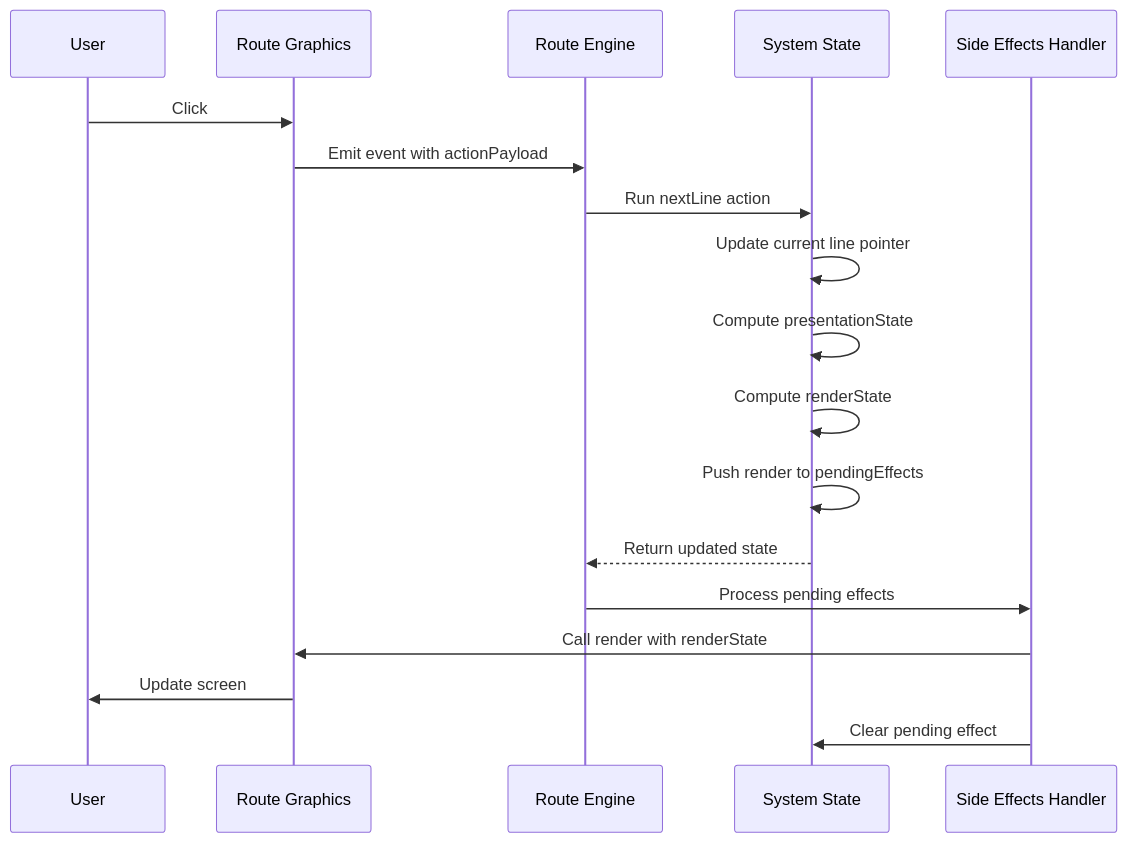
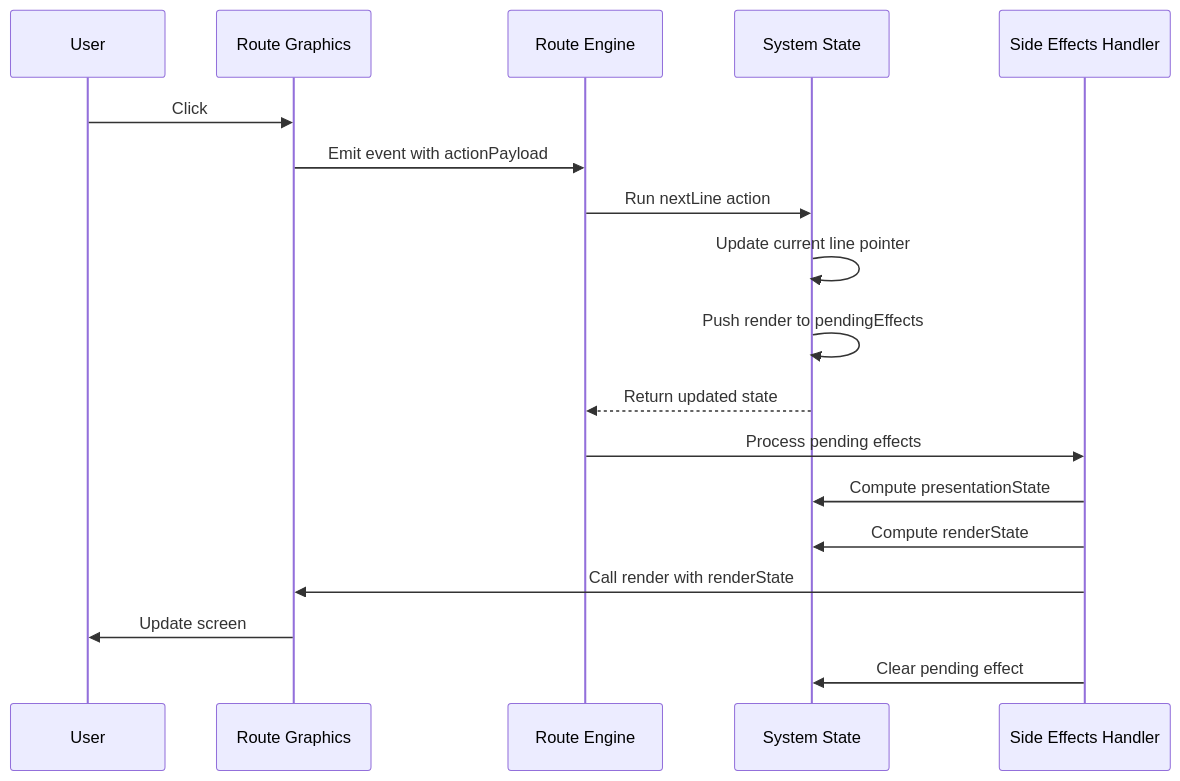
The diagram in pages/blog/2026/05-building-a-visual-novel-engine-route-engine.md (RouteVN/routevn-website), drawn with Mermaid before and after one commit. The commit also changed other lines of this file and 3 other files, not shown here.

````diff
--- a/pages/blog/2026/05-building-a-visual-novel-engine-route-engine.md
+++ b/pages/blog/2026/05-building-a-visual-novel-engine-route-engine.md
@@ -462,21 +450,21 @@
 ```mermaid
 sequenceDiagram
     participant User
     participant RG as Route Graphics
     participant RE as Route Engine
     participant State as System State
     participant SE as Side Effects Handler
 
     User->>RG: Click
     RG->>RE: Emit event with actionPayload
     RE->>State: Run nextLine action
     State->>State: Update current line pointer
-    State->>State: Compute presentationState
-    State->>State: Compute renderState
     State->>State: Push render to pendingEffects
     State-->>RE: Return updated state
     RE->>SE: Process pending effects
+    SE->>State: Compute presentationState
+    SE->>State: Compute renderState
     SE->>RG: Call render with renderState
     RG->>User: Update screen
     SE->>State: Clear pending effect
 ```
````
